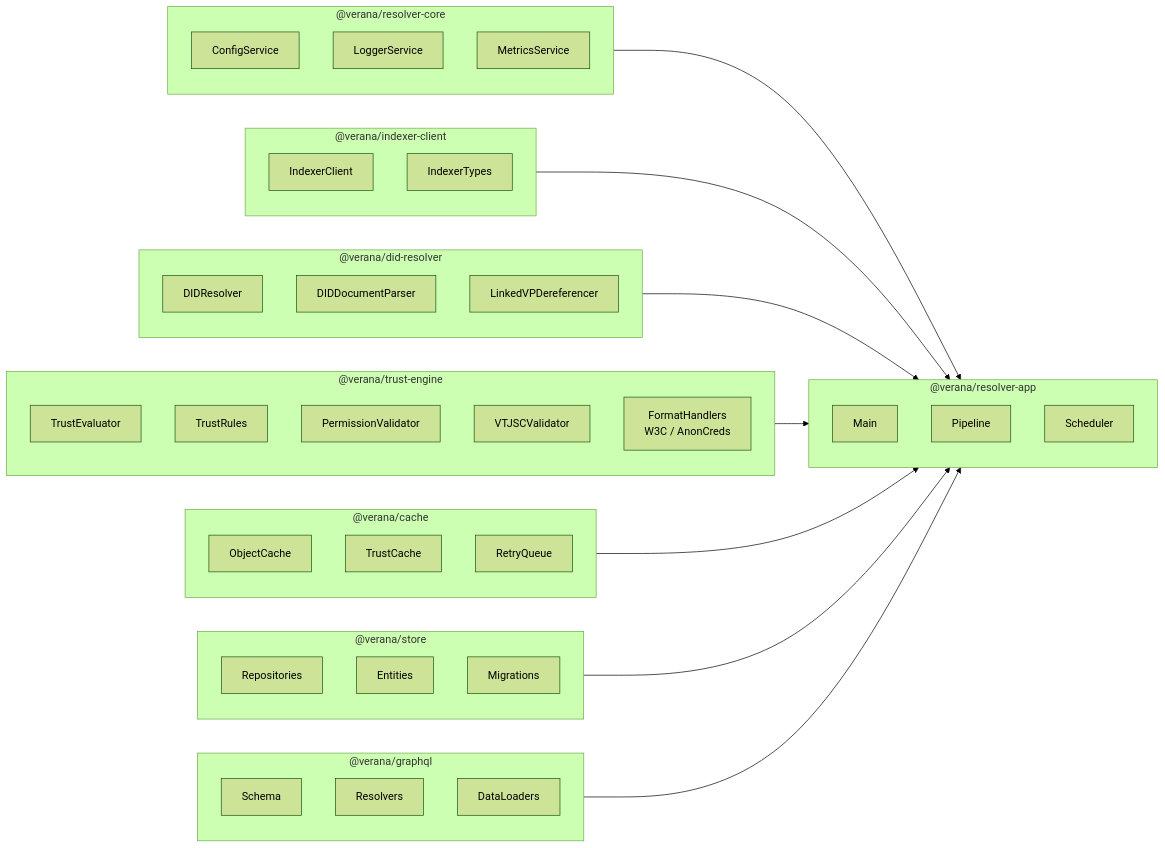
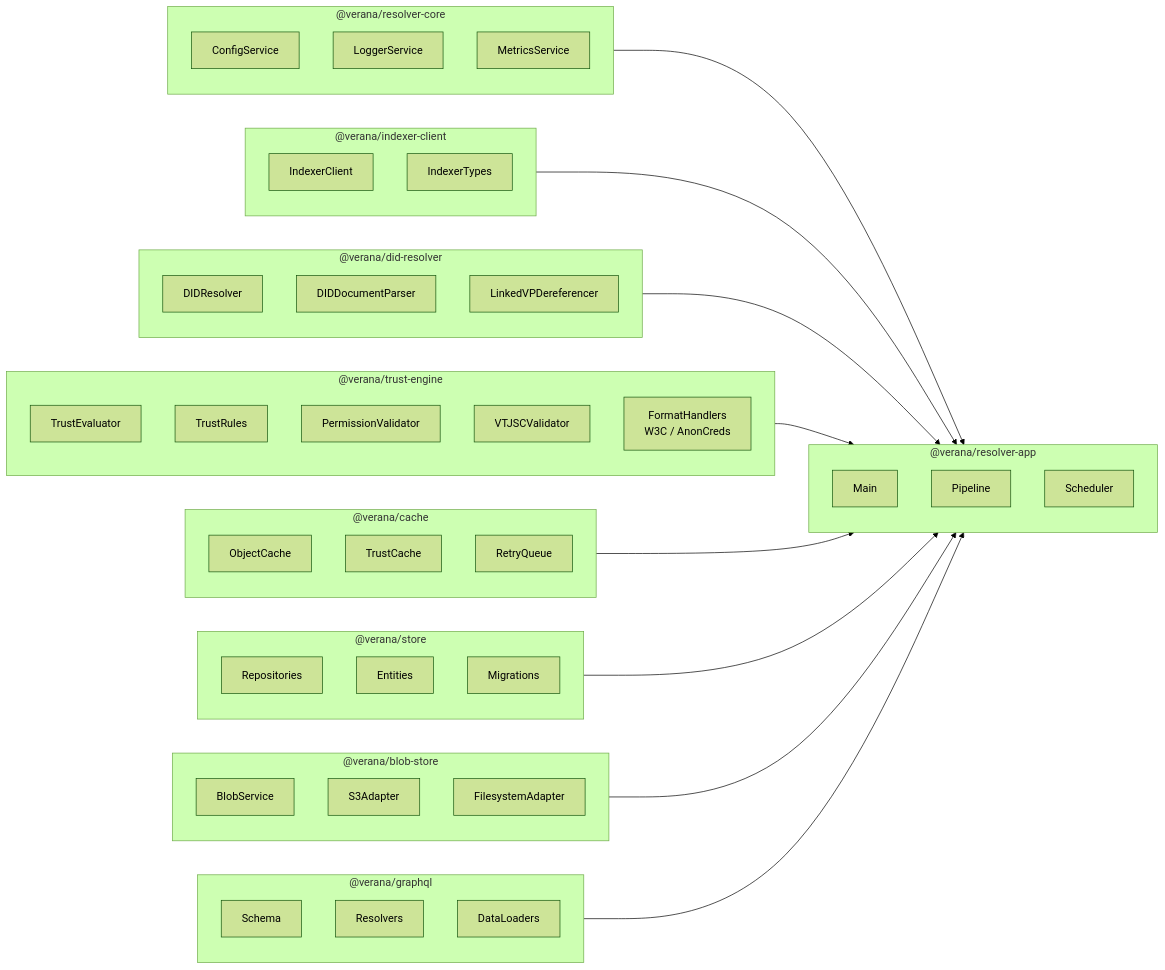
Before and after one commit to verana-labs/verana-resolver: the second of 6 diagrams in implementation-plan.md, drawn with Mermaid (forest theme). The commit also changed other lines of this file, not shown here.

````diff
--- a/implementation-plan.md
+++ b/implementation-plan.md
@@ -86,59 +88,66 @@
 ```mermaid
 flowchart LR
     subgraph Core["@verana/resolver-core"]
         CONFIG[ConfigService]
         LOGGER[LoggerService]
         METRICS[MetricsService]
     end
 
     subgraph Indexer["@verana/indexer-client"]
         IDX_CLIENT[IndexerClient]
         IDX_TYPES[IndexerTypes]
     end
 
     subgraph DID["@verana/did-resolver"]
         DID_RES[DIDResolver]
         DID_DOC[DIDDocumentParser]
         VP_DEREF[LinkedVPDereferencer]
     end
 
     subgraph Trust["@verana/trust-engine"]
         EVAL[TrustEvaluator]
         RULES[TrustRules]
         PERM[PermissionValidator]
         VTJSC_V[VTJSCValidator]
         FMT[FormatHandlers<br/>W3C / AnonCreds]
     end
 
     subgraph Cache["@verana/cache"]
         OBJ[ObjectCache]
         TRUST[TrustCache]
         RETRY_Q[RetryQueue]
     end
 
     subgraph Store["@verana/store"]
         REPO[Repositories]
         ENTITIES[Entities]
         MIGRATIONS[Migrations]
     end
 
+    subgraph Blob["@verana/blob-store"]
+        BLOB_SVC[BlobService]
+        BLOB_S3[S3Adapter]
+        BLOB_FS[FilesystemAdapter]
+    end
+
     subgraph GraphQL["@verana/graphql"]
         SCHEMA[Schema]
         RESOLVERS[Resolvers]
         LOADERS[DataLoaders]
     end
 
     subgraph App["@verana/resolver-app"]
         MAIN[Main]
         PIPELINE[Pipeline]
         SCHEDULER[Scheduler]
     end
 
     Core --> App
     Indexer --> App
     DID --> App
     Trust --> App
     Cache --> App
     Store --> App
+    Blob --> App
     GraphQL --> App
 ```
````
